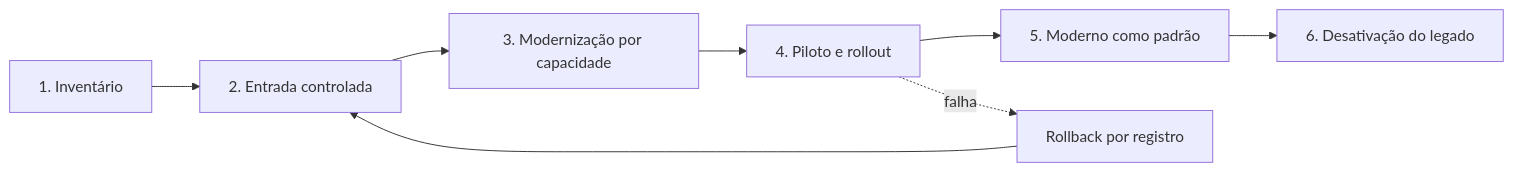
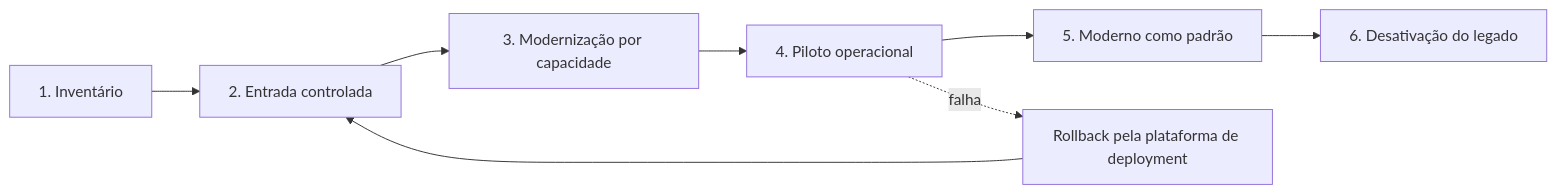
Before and after one commit to gustavobpaula/portal-people: the fifth of 6 diagrams in docs/PROPOSTA-TECNICA.md, drawn with Mermaid. The commit also changed other lines of this file and 7 other files, not shown here.

````diff
--- a/docs/PROPOSTA-TECNICA.md
+++ b/docs/PROPOSTA-TECNICA.md
@@ -293,10 +296,10 @@
 ```mermaid
 flowchart LR
     Inventory["1. Inventário"] --> Integrate["2. Entrada controlada"]
     Integrate --> Modernize["3. Modernização por capacidade"]
-    Modernize --> Pilot["4. Piloto e rollout"]
+    Modernize --> Pilot["4. Piloto operacional"]
     Pilot --> Default["5. Moderno como padrão"]
     Default --> Retire["6. Desativação do legado"]
-    Pilot -. "falha" .-> Rollback["Rollback por registro"]
+    Pilot -. "falha" .-> Rollback["Rollback pela plataforma de deployment"]
     Rollback --> Integrate
 ```
````
